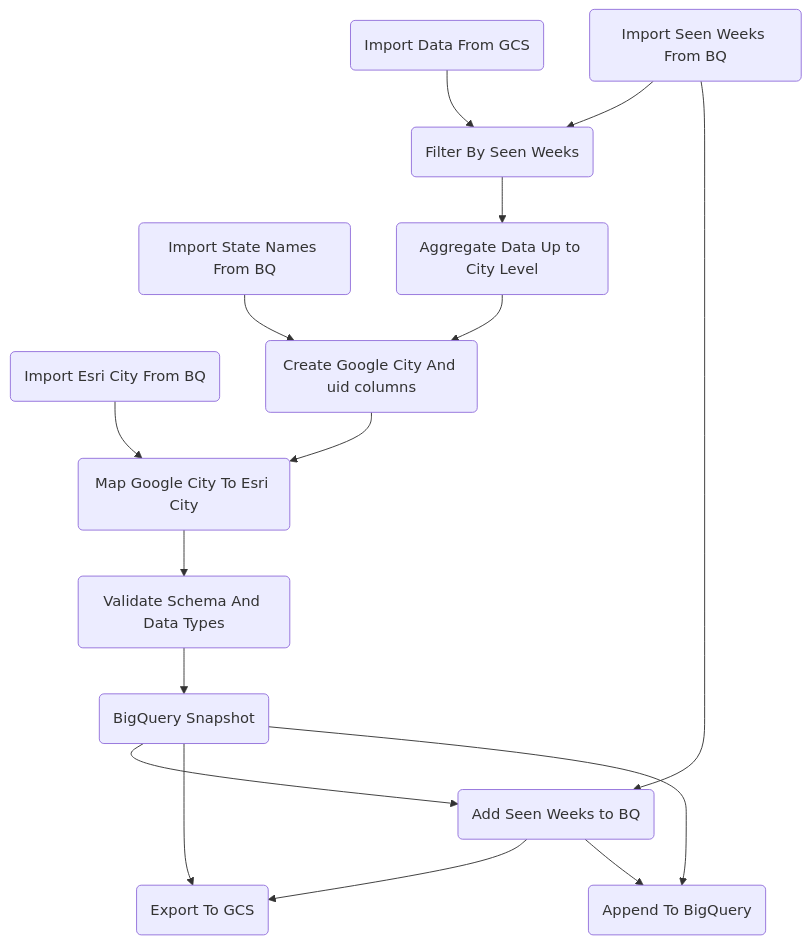
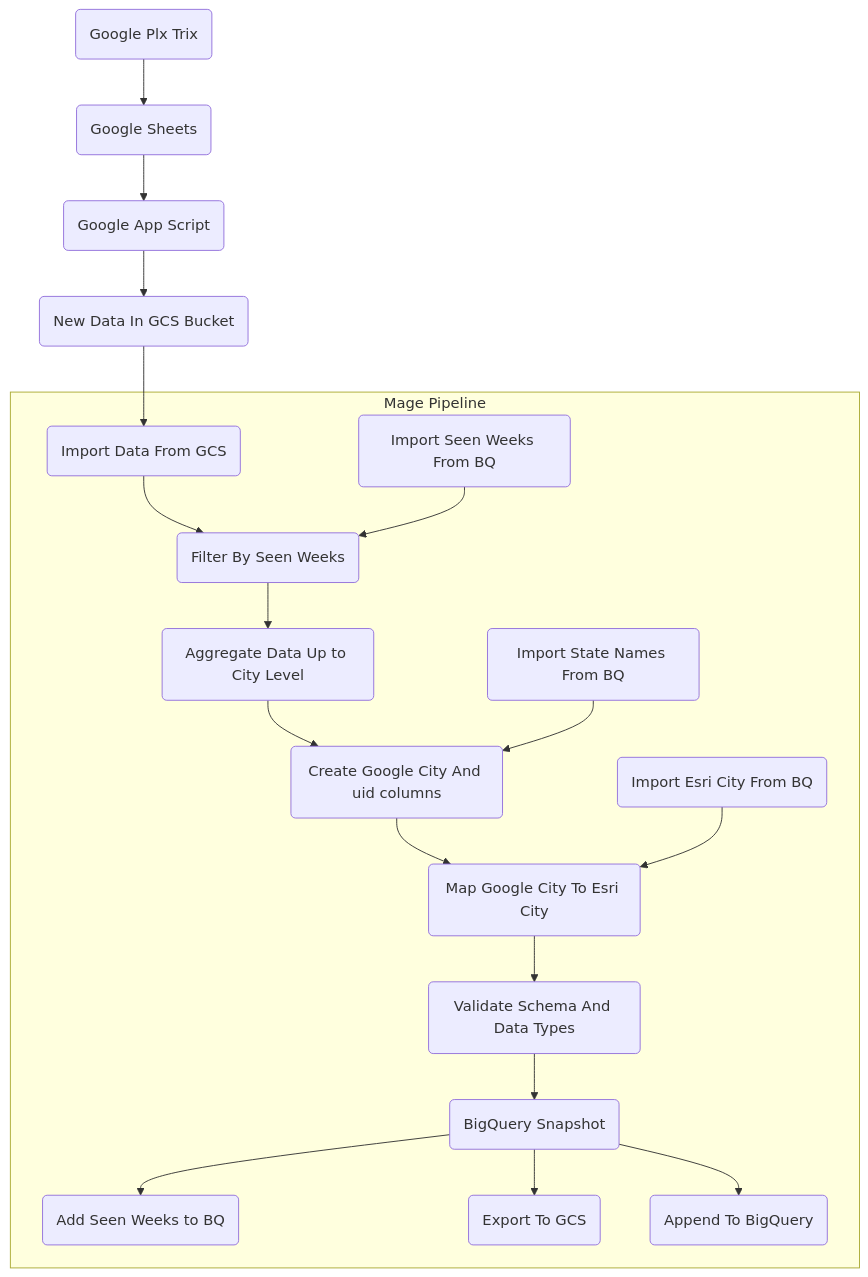
The diagram in documentation/pipelines/ca_activations.md (CarrierOps/1P-Wiki), drawn with Mermaid before and after one commit. The commit also changed 2 other files, not shown here.

Commit message:
Flowchart eits

````diff
--- a/documentation/pipelines/ca_activations.md
+++ b/documentation/pipelines/ca_activations.md
@@ -6,32 +6,40 @@
 ```mermaid
 flowchart TD
+id0(Google Plx Trix)
+id00(Google Sheets)
+id000(Google App Script)
+id0000(New Data In GCS Bucket)
+id0-->id00
+id00 --> id000
+id000 --> id0000
+id0000 -->id1
+
+subgraph Mage Pipeline
 id1(Import Data From GCS)
 id2(Import State Names From BQ)
 id3(Import Seen Weeks From BQ)
 id4(Import Esri City From BQ)
 id5(Filter By Seen Weeks)
 id1 --> id5
 id3 --> id5
 id6(Aggregate Data Up to City Level)
 id5 --> id6
 id7(Create Google City And uid columns)
 id6 --> id7
 id2 --> id7
 id8(Map Google City To Esri City)
 id7 --> id8
 id4 --> id8
 id9(Validate Schema And Data Types)
 id8 --> id9
 id10(BigQuery Snapshot)
 id9 --> id10
 id11(Add Seen Weeks to BQ)
 id10 --> id11
-id3 --> id11
 id12(Export To GCS)
-id11 --> id12
 id13(Append To BigQuery)
-id11 --> id13
 id10 --> id12
 id10 -->id13
+end
 
 ```
````
